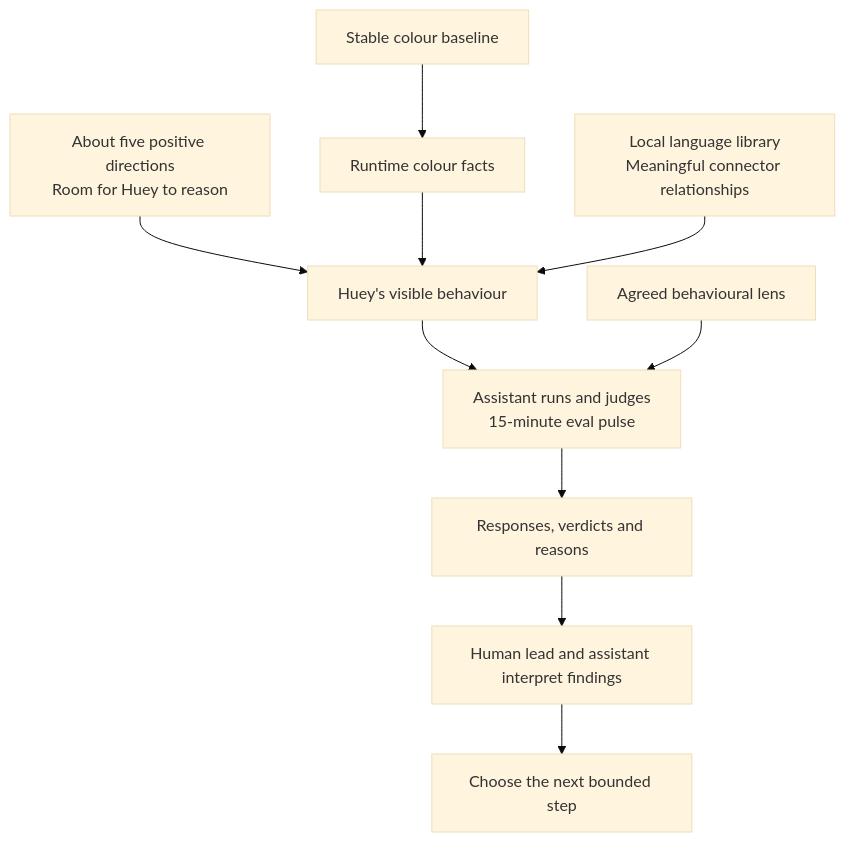
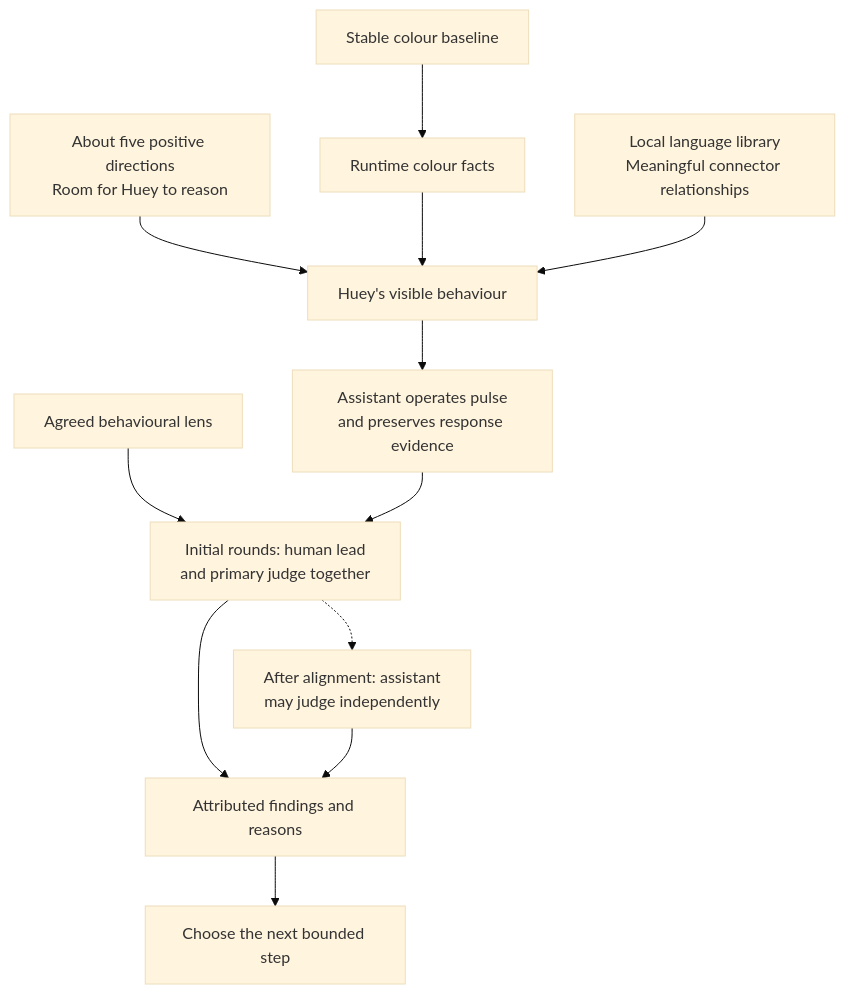
One commit to tryskian/huemiliator changed the diagram in docs/research/030_PB_BEHAVIOUR.md. Above: the diagram before and after it, drawn with Mermaid (base theme). The commit also changed other lines of this file and 5 other files, not shown here.

````diff
--- a/docs/research/030_PB_BEHAVIOUR.md
+++ b/docs/research/030_PB_BEHAVIOUR.md
@@ -56,12 +65,14 @@
 ```mermaid
 flowchart TD
   A["Stable colour baseline"] --> B["Runtime colour facts"]
   C["About five positive directions<br/>Room for Huey to reason"] --> D["Huey's visible behaviour"]
   B --> D
   J["Local language library<br/>Meaningful connector relationships"] --> D
-  D --> E["Assistant runs and judges<br/>15-minute eval pulse"]
-  F["Agreed behavioural lens"] --> E
-  E --> G["Responses, verdicts and reasons"]
-  G --> H["Human lead and assistant interpret findings"]
-  H --> I["Choose the next bounded step"]
+  D --> E["Assistant operates pulse<br/>and preserves response evidence"]
+  F["Agreed behavioural lens"] --> G
+  E --> G["Initial rounds: human lead<br/>and primary judge together"]
+  G -.-> H["After alignment: assistant<br/>may judge independently"]
+  G --> I["Attributed findings and reasons"]
+  H --> I
+  I --> K["Choose the next bounded step"]
 ```
````
